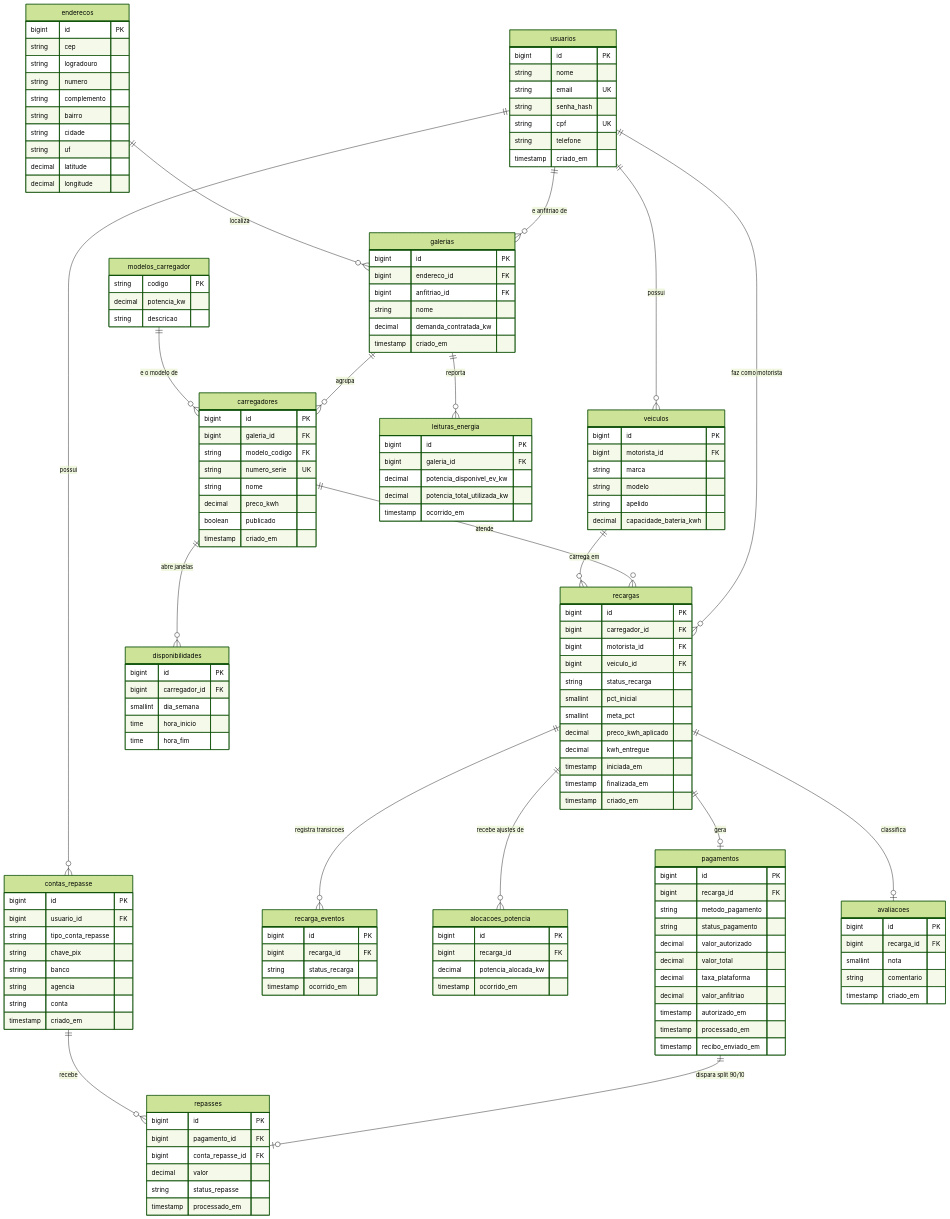
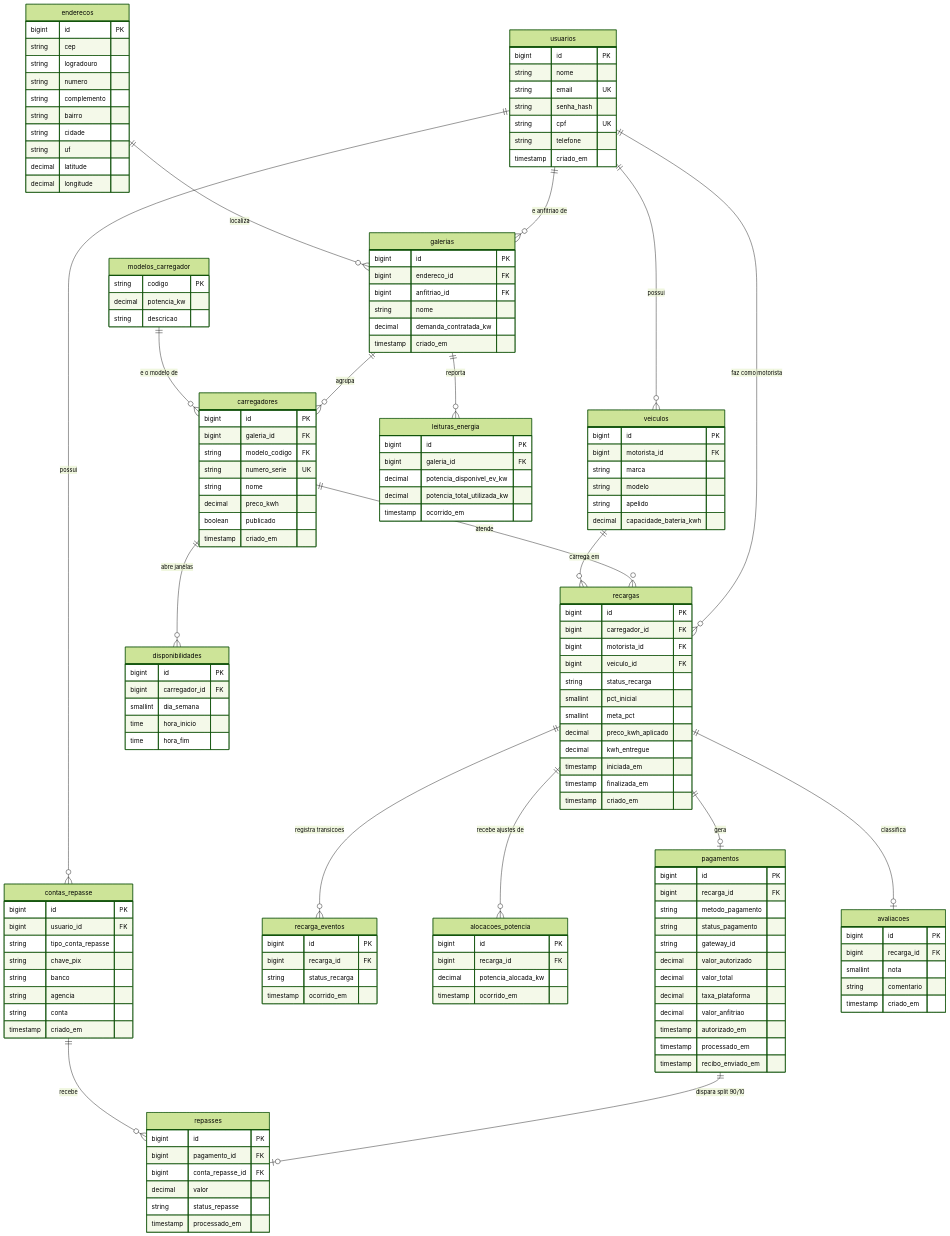
One commit to denizeferrante/Challenge_Goodwe changed the diagram in banco-de-dados/diagrama-er-supabase.mermaid. Above: the diagram before and after it, drawn with Mermaid (forest theme). The commit also changed 93 other files, not shown here.

```diff
--- a/banco-de-dados/diagrama-er-supabase.mermaid
+++ b/banco-de-dados/diagrama-er-supabase.mermaid
@@ -1,189 +1,190 @@
 %% Diagrama ER completo — recarga compartilhada (GoodWe)
 %% Tabelas novas: galerias, leituras_energia, alocacoes_potencia
 %% Tabela alterada: carregadores
 
 erDiagram
 
     usuarios ||--o{ galerias : "e anfitriao de"
     usuarios ||--o{ veiculos : "possui"
     usuarios ||--o{ recargas : "faz como motorista"
     usuarios ||--o{ contas_repasse : "possui"
 
     enderecos ||--o{ galerias : "localiza"
     galerias ||--o{ carregadores : "agrupa"
     galerias ||--o{ leituras_energia : "reporta"
 
     modelos_carregador ||--o{ carregadores : "e o modelo de"
 
     carregadores ||--o{ disponibilidades : "abre janelas"
     carregadores ||--o{ recargas : "atende"
 
     veiculos ||--o{ recargas : "carrega em"
 
     recargas ||--o{ recarga_eventos : "registra transicoes"
     recargas ||--o{ alocacoes_potencia : "recebe ajustes de"
     recargas ||--o| pagamentos : "gera"
     recargas ||--o| avaliacoes : "classifica"
 
     pagamentos ||--o| repasses : "dispara split 90/10"
     contas_repasse ||--o{ repasses : "recebe"
 
 
     usuarios {
         bigint id PK
         string nome
         string email UK
         string senha_hash
         string cpf UK
         string telefone
         timestamp criado_em
     }
 
 
     enderecos {
         bigint id PK
         string cep
         string logradouro
         string numero
         string complemento
         string bairro
         string cidade
         string uf
         decimal latitude
         decimal longitude
     }
 
 
     galerias {
         bigint id PK
         bigint endereco_id FK
         bigint anfitriao_id FK
         string nome
         decimal demanda_contratada_kw
         timestamp criado_em
     }
 
 
     modelos_carregador {
         string codigo PK
         decimal potencia_kw
         string descricao
     }
 
 
     carregadores {
         bigint id PK
         bigint galeria_id FK
         string modelo_codigo FK
         string numero_serie UK
         string nome
         decimal preco_kwh
         boolean publicado
         timestamp criado_em
     }
 
 
     disponibilidades {
         bigint id PK
         bigint carregador_id FK
         smallint dia_semana
         time hora_inicio
         time hora_fim
     }
 
 
     veiculos {
         bigint id PK
         bigint motorista_id FK
         string marca
         string modelo
         string apelido
         decimal capacidade_bateria_kwh
     }
 
 
     recargas {
         bigint id PK
         bigint carregador_id FK
         bigint motorista_id FK
         bigint veiculo_id FK
         string status_recarga
         smallint pct_inicial
         smallint meta_pct
         decimal preco_kwh_aplicado
         decimal kwh_entregue
         timestamp iniciada_em
         timestamp finalizada_em
         timestamp criado_em
     }
 
 
     recarga_eventos {
         bigint id PK
         bigint recarga_id FK
         string status_recarga
         timestamp ocorrido_em
     }
 
 
     leituras_energia {
         bigint id PK
         bigint galeria_id FK
         decimal potencia_disponivel_ev_kw
         decimal potencia_total_utilizada_kw
         timestamp ocorrido_em
     }
 
 
     alocacoes_potencia {
         bigint id PK
         bigint recarga_id FK
         decimal potencia_alocada_kw
         timestamp ocorrido_em
     }
 
 
     pagamentos {
         bigint id PK
         bigint recarga_id FK
         string metodo_pagamento
         string status_pagamento
+        string gateway_id
         decimal valor_autorizado
         decimal valor_total
         decimal taxa_plataforma
         decimal valor_anfitriao
         timestamp autorizado_em
         timestamp processado_em
         timestamp recibo_enviado_em
     }
 
 
     contas_repasse {
         bigint id PK
         bigint usuario_id FK
         string tipo_conta_repasse
         string chave_pix
         string banco
         string agencia
         string conta
         timestamp criado_em
     }
 
 
     repasses {
         bigint id PK
         bigint pagamento_id FK
         bigint conta_repasse_id FK
         decimal valor
         string status_repasse
         timestamp processado_em
     }
 
 
     avaliacoes {
         bigint id PK
         bigint recarga_id FK
         smallint nota
         string comentario
         timestamp criado_em
     }
```
